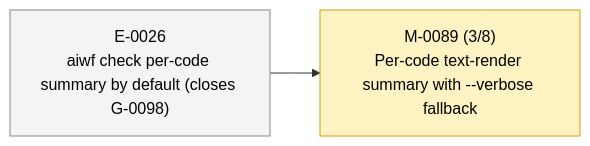
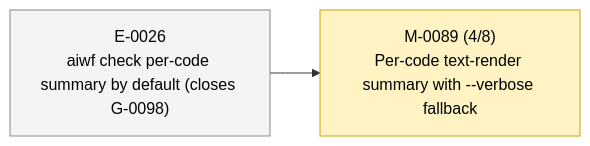
One commit to 23min/aiwf changed the second of 2 diagrams in STATUS.md. Above: the diagram before and after it, drawn with Mermaid. The commit also changed other lines of this file and 1 other file, not shown here.

````diff
--- a/STATUS.md
+++ b/STATUS.md
@@ -51,12 +51,12 @@
 ```mermaid
 flowchart LR
   E_0026["E-0026<br/>aiwf check per-code summary by default (closes G-0098)"]:::epic_proposed
-  M_0089["M-0089 (3/8)<br/>Per-code text-render summary with --verbose fallback"]:::ms_in_progress
+  M_0089["M-0089 (4/8)<br/>Per-code text-render summary with --verbose fallback"]:::ms_in_progress
   E_0026 --> M_0089
   classDef epic_active fill:#d6eaff,stroke:#1a73e8,color:#000
   classDef epic_proposed fill:#f4f4f4,stroke:#888,color:#000
   classDef ms_done fill:#d8f5d8,stroke:#2a8a2a,color:#000
   classDef ms_in_progress fill:#fff3c4,stroke:#caa400,color:#000
   classDef ms_draft fill:#f4f4f4,stroke:#888,color:#000
   classDef ms_cancelled fill:#fbeaea,stroke:#c33,color:#000
 ```
````
